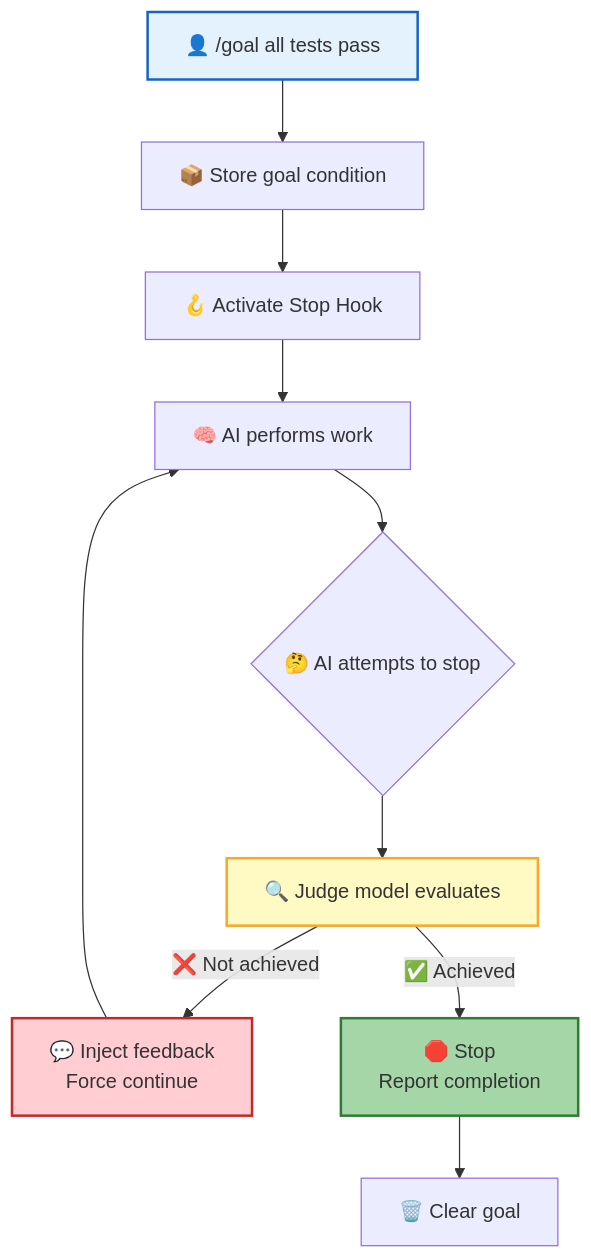
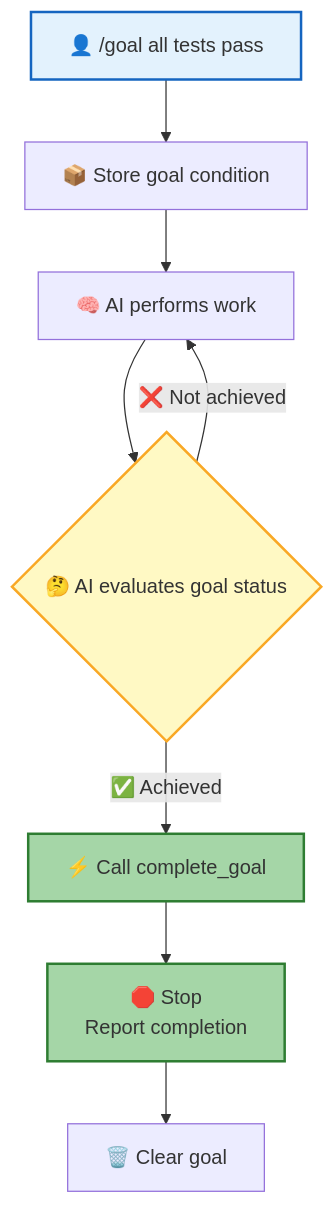
One commit to rtc-agent/docs changed the fourth of 5 diagrams in src/content/docs/en/features/commands.md. Above: the diagram before and after it, drawn with Mermaid. The commit also changed other lines of this file and 60 other files, not shown here.

First line of the commit message:
docs(site): refresh documentation with new sections and improved diagrams

````diff
--- a/src/content/docs/en/features/commands.md
+++ b/src/content/docs/en/features/commands.md
@@ -260,17 +127,15 @@
 ```mermaid
 flowchart TD
     A["👤 /goal all tests pass"] --> B["📦 Store goal condition"]
-    B --> C["🪝 Activate Stop Hook"]
-    C --> D["🧠 AI performs work"]
-    D --> E{"🤔 AI attempts to stop"}
-    E --> F["🔍 Judge model evaluates"]
-    F -->|"❌ Not achieved"| G["💬 Inject feedback<br/>Force continue"]
-    G --> D
-    F -->|"✅ Achieved"| H["🛑 Stop<br/>Report completion"]
-    H --> I["🗑️ Clear goal"]
+    B --> C["🧠 AI performs work"]
+    C --> D{"🤔 AI evaluates goal status"}
+    D -->|"❌ Not achieved"| C
+    D -->|"✅ Achieved"| E["⚡ Call complete_goal"]
+    E --> F["🛑 Stop<br/>Report completion"]
+    F --> G["🗑️ Clear goal"]
 
     style A fill:#e3f2fd,stroke:#1565c0,stroke-width:2px
-    style F fill:#fff9c4,stroke:#f9a825,stroke-width:2px
-    style G fill:#ffcdd2,stroke:#c62828,stroke-width:2px
-    style H fill:#a5d6a7,stroke:#2e7d32,stroke-width:2px
+    style D fill:#fff9c4,stroke:#f9a825,stroke-width:2px
+    style E fill:#a5d6a7,stroke:#2e7d32,stroke-width:2px
+    style F fill:#a5d6a7,stroke:#2e7d32,stroke-width:2px
 ```
````
